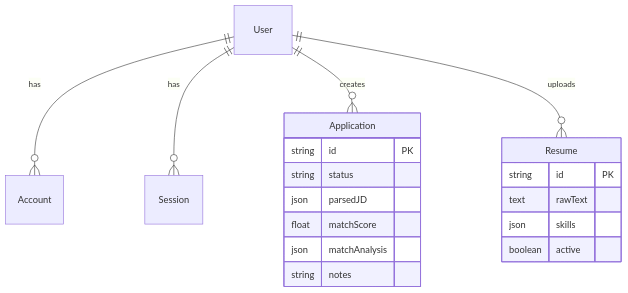
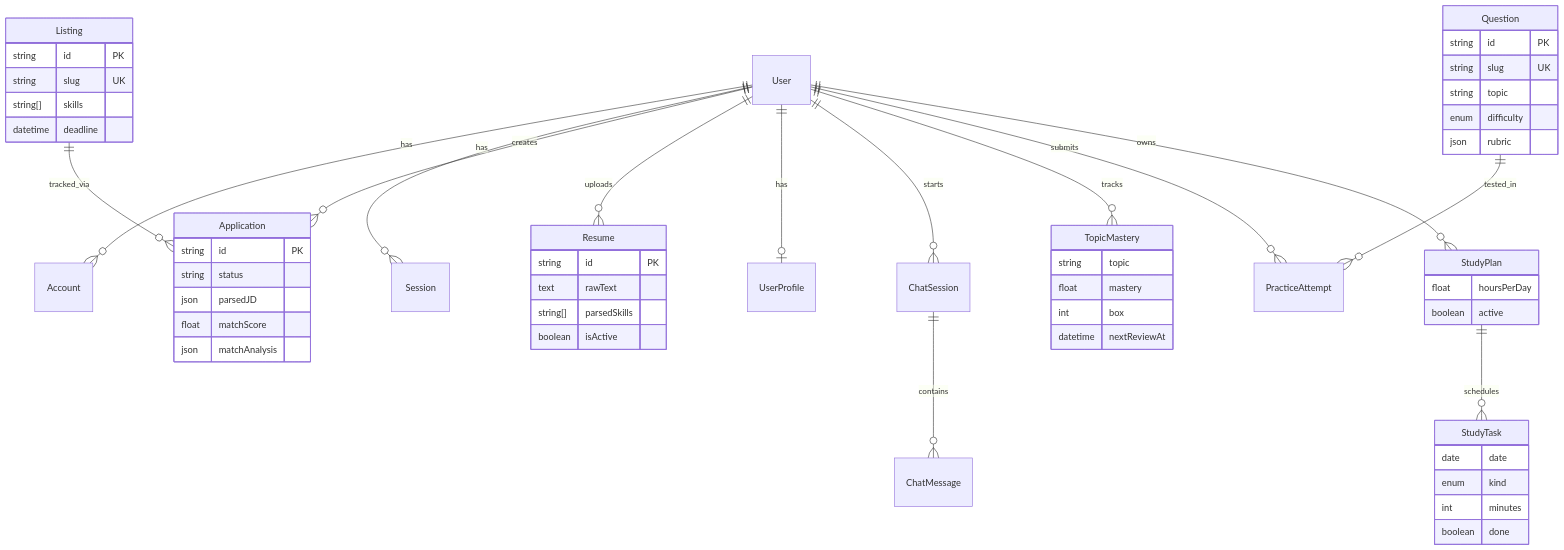
Before and after one commit to shrisha337-beep/ai-job-tracker: the seventh of 8 diagrams in README.md, drawn with Mermaid. The commit also changed other lines of this file, not shown here.

Commit message:
docs: rewrite README with architecture diagrams, replace GPT with Groq, remove emojis

````diff
--- a/README.md
+++ b/README.md
@@ -310,21 +487,59 @@
 ```mermaid
 erDiagram
     User ||--o{ Account : has
     User ||--o{ Session : has
     User ||--o{ Application : creates
     User ||--o{ Resume : uploads
+    User ||--o| UserProfile : has
+    User ||--o{ ChatSession : starts
+    User ||--o{ TopicMastery : tracks
+    User ||--o{ PracticeAttempt : submits
+    User ||--o{ StudyPlan : owns
+    ChatSession ||--o{ ChatMessage : contains
+    StudyPlan ||--o{ StudyTask : schedules
+    Question ||--o{ PracticeAttempt : tested_in
+    Listing ||--o{ Application : tracked_via
+
     Application {
         string id PK
         string status
         json parsedJD
         float matchScore
         json matchAnalysis
-        string notes
     }
     Resume {
         string id PK
         text rawText
-        json skills
+        string[] parsedSkills
+        boolean isActive
+    }
+    Listing {
+        string id PK
+        string slug UK
+        string[] skills
+        datetime deadline
+    }
+    Question {
+        string id PK
+        string slug UK
+        string topic
+        enum difficulty
+        json rubric
+    }
+    TopicMastery {
+        string topic
+        float mastery
+        int box
+        datetime nextReviewAt
+    }
+    StudyPlan {
+        float hoursPerDay
         boolean active
     }
+    StudyTask {
+        date date
+        enum kind
+        int minutes
+        boolean done
+    }
 ```
````
